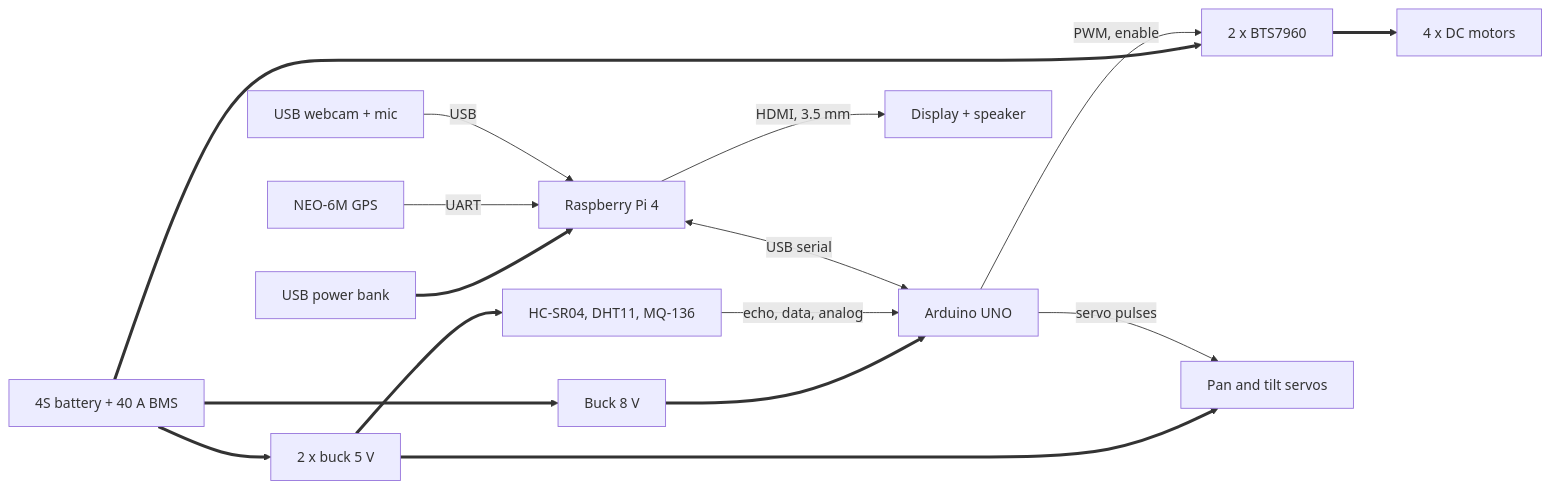
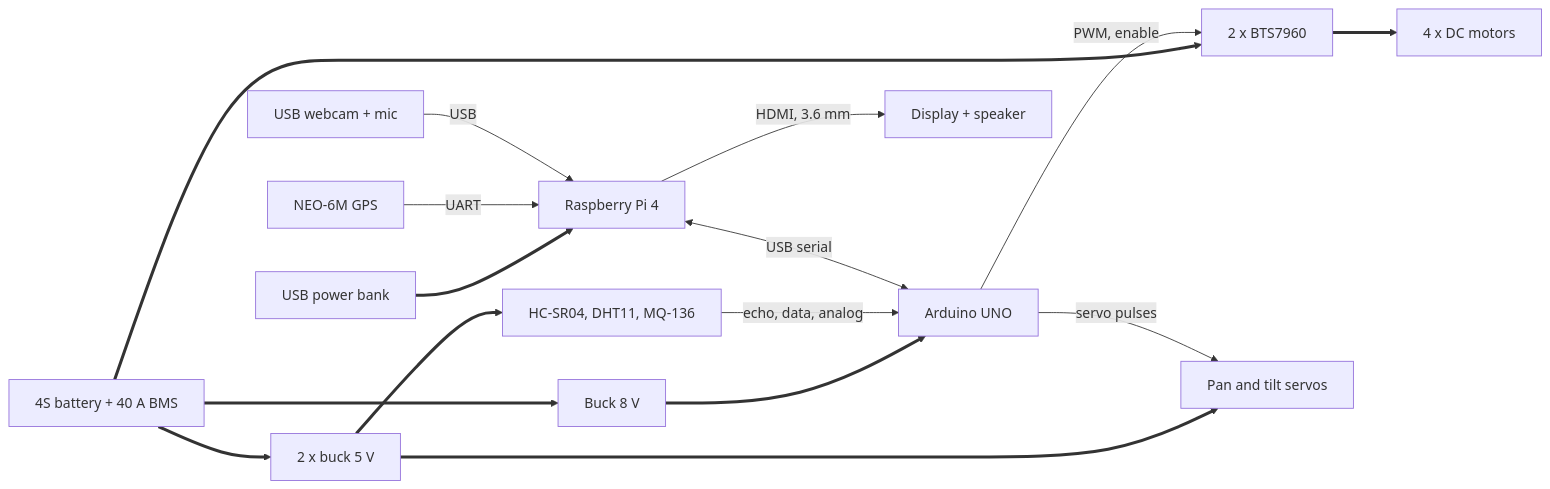
Before and after one commit to baiust999/robort-code-from-pi: the fourth of 19 diagrams in research paper/section3_methodology.md, drawn with Mermaid. The commit also changed other lines of this file and 1 other file, not shown here.

````diff
--- a/research paper/section3_methodology.md
+++ b/research paper/section3_methodology.md
@@ -114,15 +131,15 @@
 ```mermaid
 flowchart LR
   BAT["4S battery + 40 A BMS"] ==> DRV["2 x BTS7960"] ==> MOT["4 x DC motors"]
   BAT ==> B5["2 x buck 5 V"] ==> SV["Pan and tilt servos"]
   B5 ==> SEN["HC-SR04, DHT11, MQ-136"]
   BAT ==> B8["Buck 8 V"] ==> UNO["Arduino UNO"]
   PB["USB power bank"] ==> PI["Raspberry Pi 4"]
   UNO -- "PWM, enable" --> DRV
   UNO -- "servo pulses" --> SV
   SEN -- "echo, data, analog" --> UNO
   PI <-- "USB serial" --> UNO
   GPS["NEO-6M GPS"] -- "UART" --> PI
   CAM["USB webcam + mic"] -- "USB" --> PI
-  PI -- "HDMI, 3.5 mm" --> SCR["Display + speaker"]
+  PI -- "HDMI, 3.6 mm" --> SCR["Display + speaker"]
 ```
````
